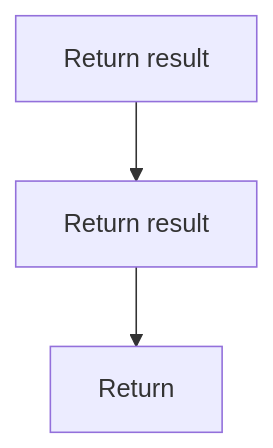
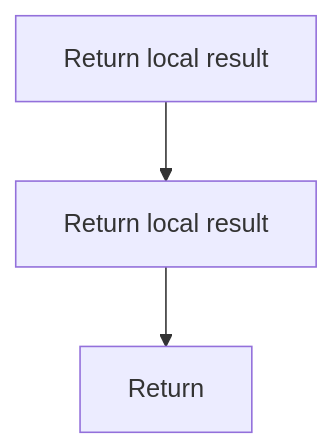
The fourth of 4 diagrams in docs/Codebase/Backend/src/controllers/transformController.js.md (JohnAndrewBalbarosa/NeoTerritory), drawn with Mermaid before and after one commit. The commit also changed other lines of this file and 915 other files, not shown here.

````diff
--- a/docs/Codebase/Backend/src/controllers/transformController.js.md
+++ b/docs/Codebase/Backend/src/controllers/transformController.js.md
@@ -120,8 +119,8 @@
 ```mermaid
 flowchart TD
-    N0["Return result"]
-    N1["Return result"]
+    N0["Return local result"]
+    N1["Return local result"]
     N2["Return"]
     N0 --> N1
     N1 --> N2
 ```
````
